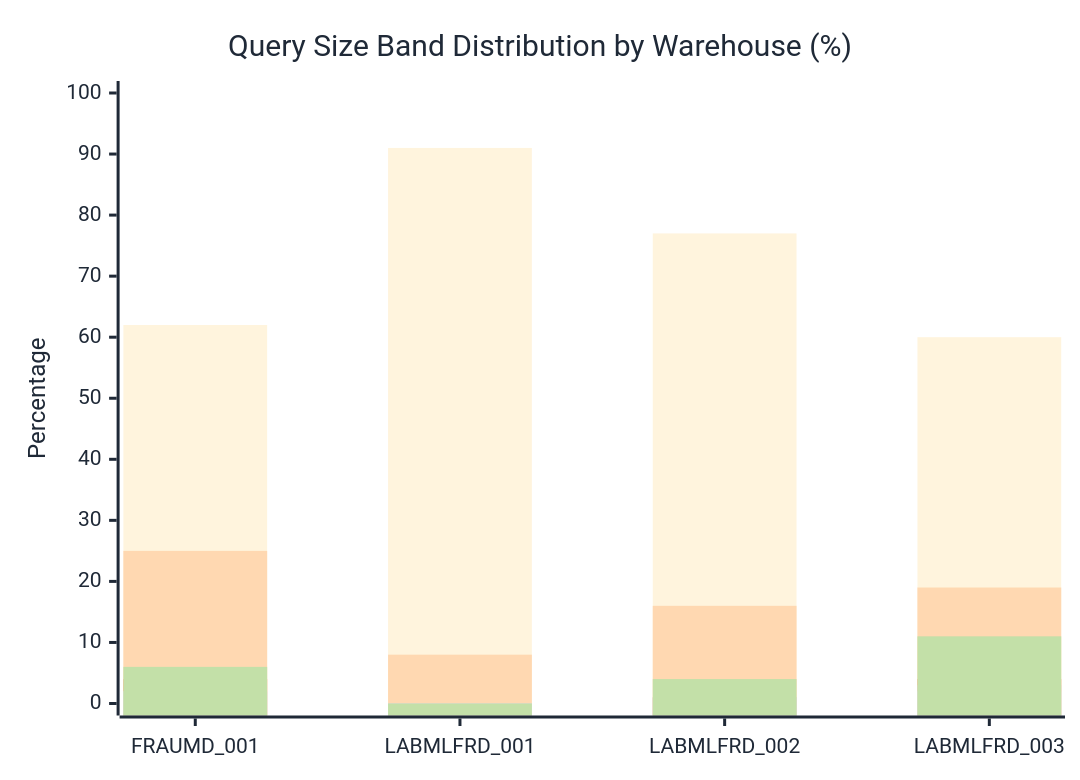
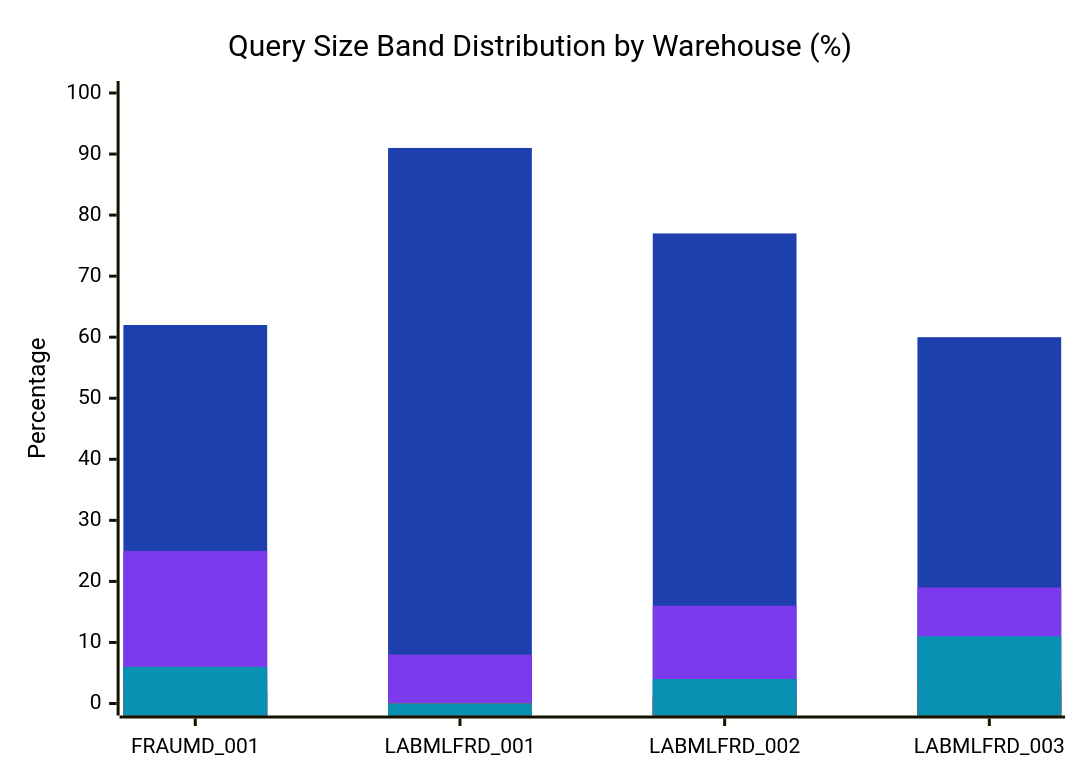
One commit to sfc-gh-mhindi/REPO_CBA changed the second of 9 diagrams in WH Analysis/FRAUMD_Warehouse_Analysis_Guide.md. Above: the diagram before and after it, drawn with Mermaid. The commit also changed other lines of this file, not shown here.

First line of the commit message:
Enhanced bar charts with darker colors and data labels

````diff
--- a/WH Analysis/FRAUMD_Warehouse_Analysis_Guide.md
+++ b/WH Analysis/FRAUMD_Warehouse_Analysis_Guide.md
@@ -100,13 +100,13 @@
 ```mermaid
-%%{init: {'theme':'base', 'themeVariables': { 'primaryColor': '#3b82f6', 'primaryTextColor': '#1f2937', 'primaryBorderColor': '#1d4ed8', 'lineColor': '#374151', 'secondaryColor': '#10b981', 'tertiaryColor': '#f8fafc', 'background': '#ffffff', 'fontFamily': 'Arial'}}}%%
+%%{init: {'theme':'base', 'themeVariables': { 'primaryColor': '#1e40af', 'primaryTextColor': '#000000', 'primaryBorderColor': '#1e3a8a', 'lineColor': '#000000', 'secondaryColor': '#059669', 'tertiaryColor': '#f8fafc', 'background': '#ffffff', 'fontFamily': 'Arial', 'xyChart': {'backgroundColor': '#ffffff', 'titleColor': '#000000', 'xAxisTitleColor': '#000000', 'xAxisLabelColor': '#000000', 'yAxisTitleColor': '#000000', 'yAxisLabelColor': '#000000', 'plotColorPalette': '#1e40af,#7c3aed,#dc2626,#059669,#ea580c,#0891b2'}}}}%%
 xychart-beta
     title "Query Size Band Distribution by Warehouse (%)"
     x-axis [FRAUMD_001, LABMLFRD_001, LABMLFRD_002, LABMLFRD_003]
     y-axis "Percentage" 0 --> 100
     bar "XS (<1GB)" [62, 91, 77, 60]
     bar "S (1-20GB)" [25, 8, 16, 19]
     bar "M (20-50GB)" [4, 0, 1, 4]
     bar "L (50-100GB)" [2, 0, 1, 2]
     bar "XL (100-250GB)" [2, 0, 1, 3]
     bar "2XL (>250GB)" [6, 0, 4, 11]
 ```
````
